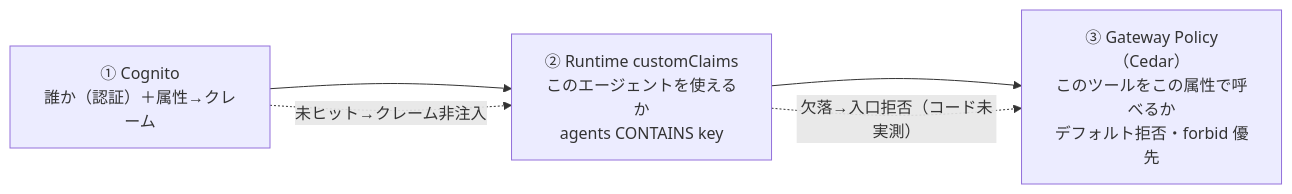
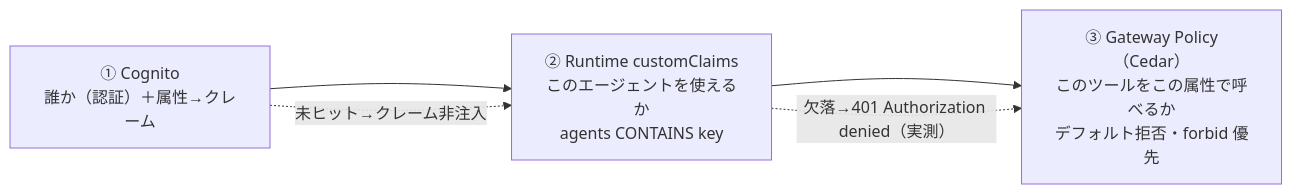
Before and after one commit to yuki-m1216/Training: the third of 3 diagrams in CDK/agentcore-authchain/docs/整理_システム全体像_v1_0.md, drawn with Mermaid. The commit also changed other lines of this file and 9 other files, not shown here.

````diff
--- a/CDK/agentcore-authchain/docs/整理_システム全体像_v1_0.md
+++ b/CDK/agentcore-authchain/docs/整理_システム全体像_v1_0.md
@@ -110,7 +110,7 @@
 ```mermaid
 flowchart LR
     A["① Cognito<br/>誰か（認証）＋属性→クレーム"] --> B["② Runtime customClaims<br/>このエージェントを使えるか<br/>agents CONTAINS key"]
     B --> C["③ Gateway Policy（Cedar）<br/>このツールをこの属性で呼べるか<br/>デフォルト拒否・forbid 優先"]
     A -. "未ヒット→クレーム非注入" .-> B
-    B -. "欠落→入口拒否（コード未実測）" .-> C
+    B -. "欠落→401 Authorization denied（実測）" .-> C
 ```
````
